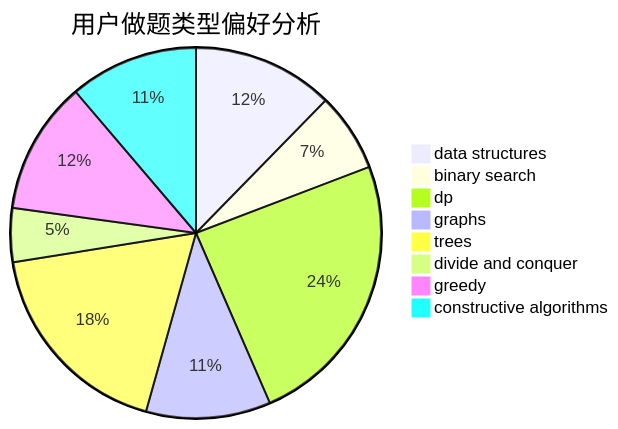
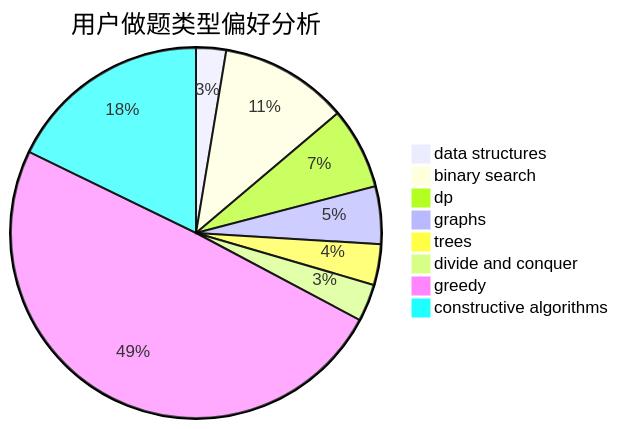
One commit to sherpahu/cfrs.github.io changed the second of 3 diagrams in docs/user/u747.md. Above: the diagram before and after it, drawn with Mermaid. The commit also changed other lines of this file and 2770 other files, not shown here.

````diff
--- a/docs/user/u747.md
+++ b/docs/user/u747.md
@@ -23,11 +23,11 @@
 ```mermaid
 pie title 用户做题类型偏好分析
-    "data structures" :  34
-    "binary search" :  19
-    "dp" :  67
-    "graphs" :  30
-    "trees" :  50
-    "divide and conquer" :  13
-    "greedy" :  32
-    "constructive algorithms" :  31
+    "data structures" :  25
+    "binary search" :  107
+    "dp" :  68
+    "graphs" :  48
+    "trees" :  34
+    "divide and conquer" :  31
+    "greedy" :  472
+    "constructive algorithms" :  170
 ```
````
